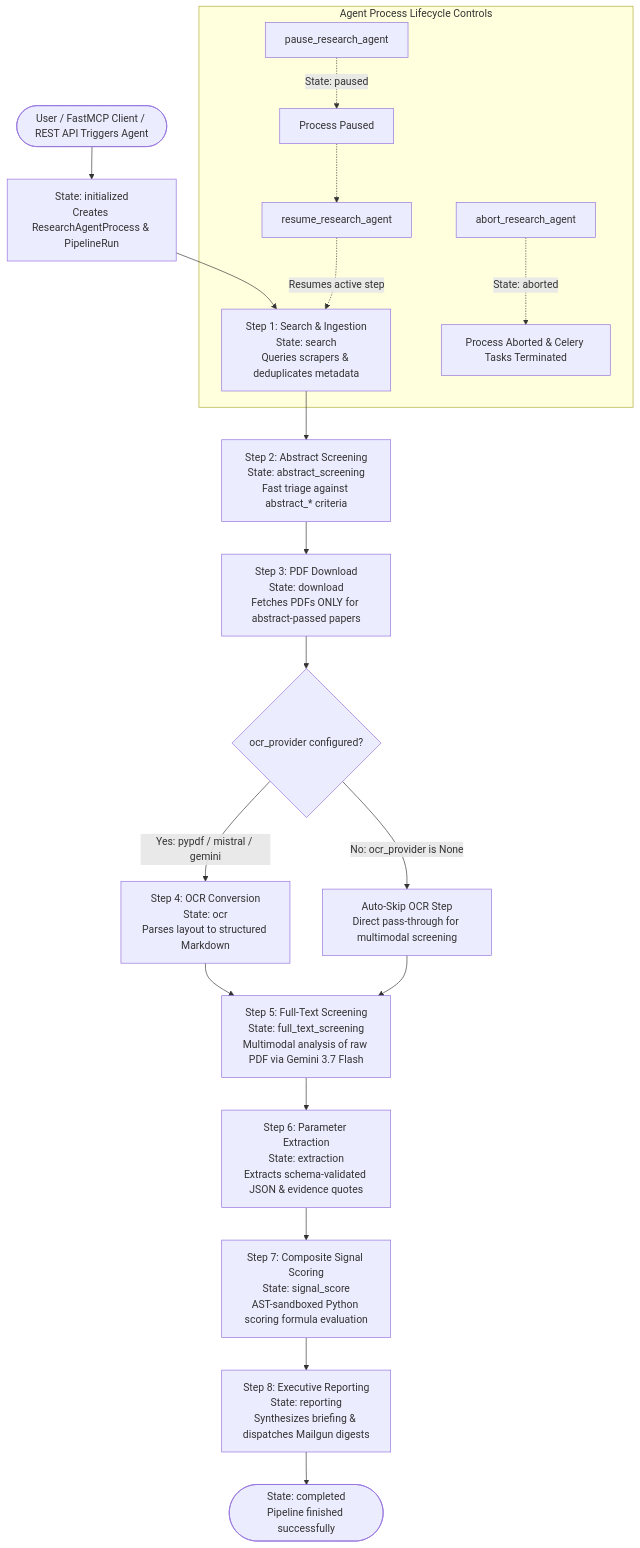
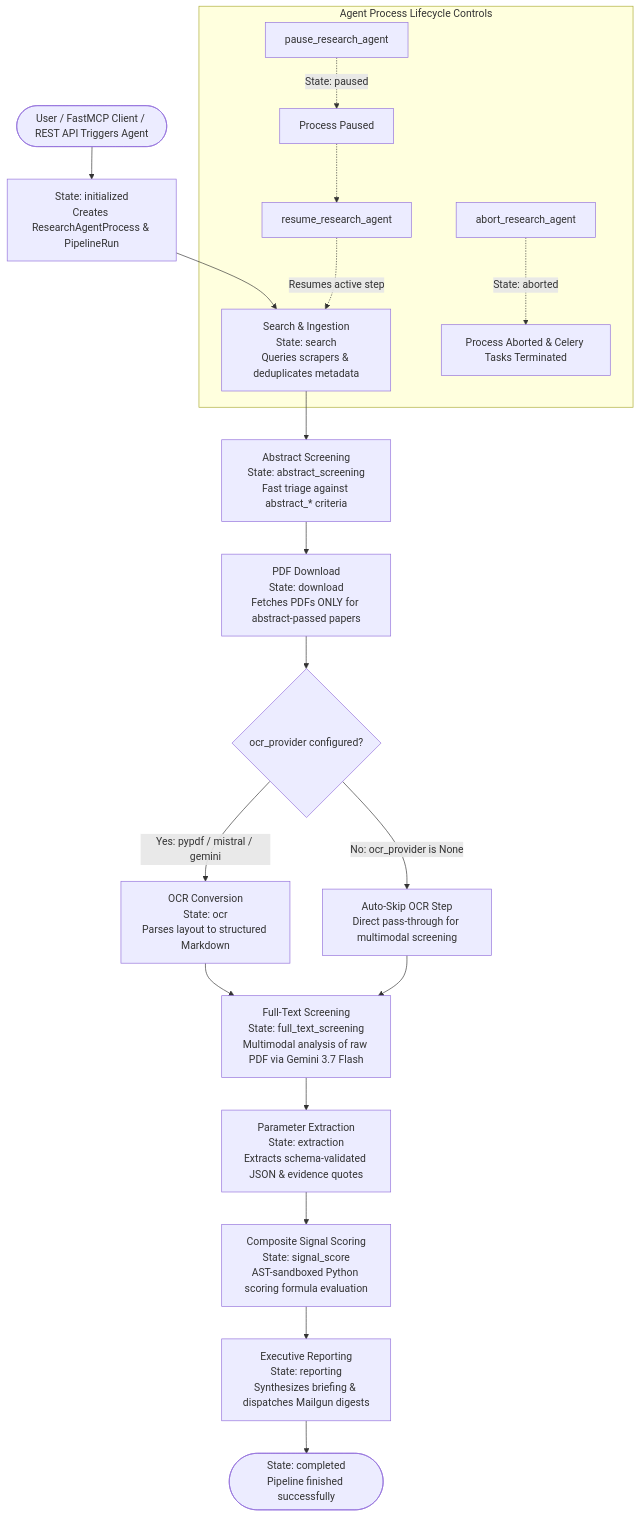
The second of 2 diagrams in README.md (p4ku/research-intelligence), drawn with Mermaid before and after one commit. The commit also changed other lines of this file and 25 other files, not shown here.

````diff
--- a/README.md
+++ b/README.md
@@ -51,33 +51,33 @@
 ```mermaid
 graph TD
     Start([User / FastMCP Client / REST API Triggers Agent]) --> Initialized[State: initialized<br/>Creates ResearchAgentProcess & PipelineRun]
     
-    Initialized --> SearchStep[Step 1: Search & Ingestion<br/>State: search<br/>Queries scrapers & deduplicates metadata]
+    Initialized --> SearchStep[Search & Ingestion<br/>State: search<br/>Queries scrapers & deduplicates metadata]
     
-    SearchStep --> AbstractScreening[Step 2: Abstract Screening<br/>State: abstract_screening<br/>Fast triage against abstract_* criteria]
+    SearchStep --> AbstractScreening[Abstract Screening<br/>State: abstract_screening<br/>Fast triage against abstract_* criteria]
     
-    AbstractScreening --> DownloadStep[Step 3: PDF Download<br/>State: download<br/>Fetches PDFs ONLY for abstract-passed papers]
+    AbstractScreening --> DownloadStep[PDF Download<br/>State: download<br/>Fetches PDFs ONLY for abstract-passed papers]
     
     DownloadStep --> OCRCheck{ocr_provider configured?}
     
-    OCRCheck -->|Yes: pypdf / mistral / gemini| OCRStep[Step 4: OCR Conversion<br/>State: ocr<br/>Parses layout to structured Markdown]
+    OCRCheck -->|Yes: pypdf / mistral / gemini| OCRStep[OCR Conversion<br/>State: ocr<br/>Parses layout to structured Markdown]
     OCRCheck -->|No: ocr_provider is None| SkipOCR[Auto-Skip OCR Step<br/>Direct pass-through for multimodal screening]
     
-    OCRStep --> FullTextScreening[Step 5: Full-Text Screening<br/>State: full_text_screening<br/>Multimodal analysis of raw PDF via Gemini 3.7 Flash]
+    OCRStep --> FullTextScreening[Full-Text Screening<br/>State: full_text_screening<br/>Multimodal analysis of raw PDF via Gemini 3.7 Flash]
     SkipOCR --> FullTextScreening
     
-    FullTextScreening --> ExtractionStep[Step 6: Parameter Extraction<br/>State: extraction<br/>Extracts schema-validated JSON & evidence quotes]
+    FullTextScreening --> ExtractionStep[Parameter Extraction<br/>State: extraction<br/>Extracts schema-validated JSON & evidence quotes]
     
-    ExtractionStep --> SignalScoreStep[Step 7: Composite Signal Scoring<br/>State: signal_score<br/>AST-sandboxed Python scoring formula evaluation]
+    ExtractionStep --> SignalScoreStep[Composite Signal Scoring<br/>State: signal_score<br/>AST-sandboxed Python scoring formula evaluation]
     
-    SignalScoreStep --> ReportingStep[Step 8: Executive Reporting<br/>State: reporting<br/>Synthesizes briefing & dispatches Mailgun digests]
+    SignalScoreStep --> ReportingStep[Executive Reporting<br/>State: reporting<br/>Synthesizes briefing & dispatches Mailgun digests]
     
     ReportingStep --> Completed([State: completed<br/>Pipeline finished successfully])
     
     subgraph Controls ["Agent Process Lifecycle Controls"]
         PauseCommand[pause_research_agent] -.->|State: paused| AgentPaused[Process Paused]
         AgentPaused -.-> ResumeCommand[resume_research_agent]
         ResumeCommand -.->|Resumes active step| SearchStep
         AbortCommand[abort_research_agent] -.->|State: aborted| AgentAborted[Process Aborted & Celery Tasks Terminated]
     end
 ```
````
